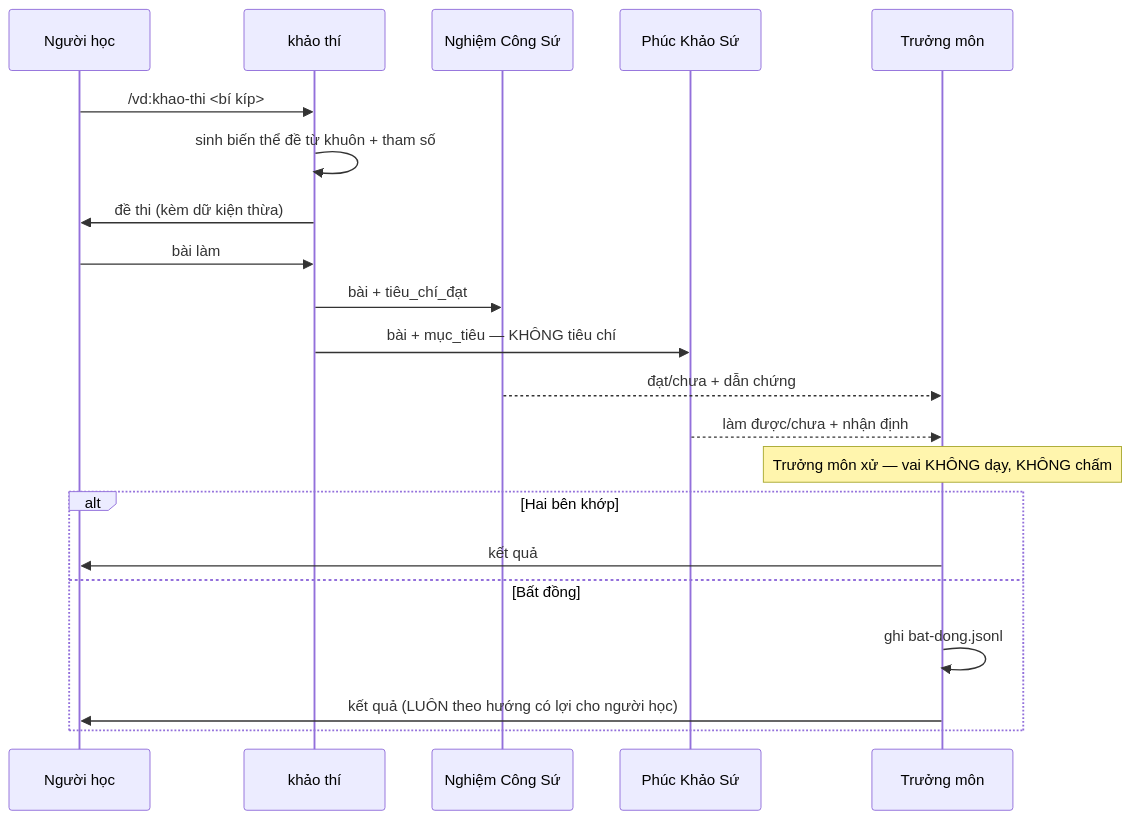
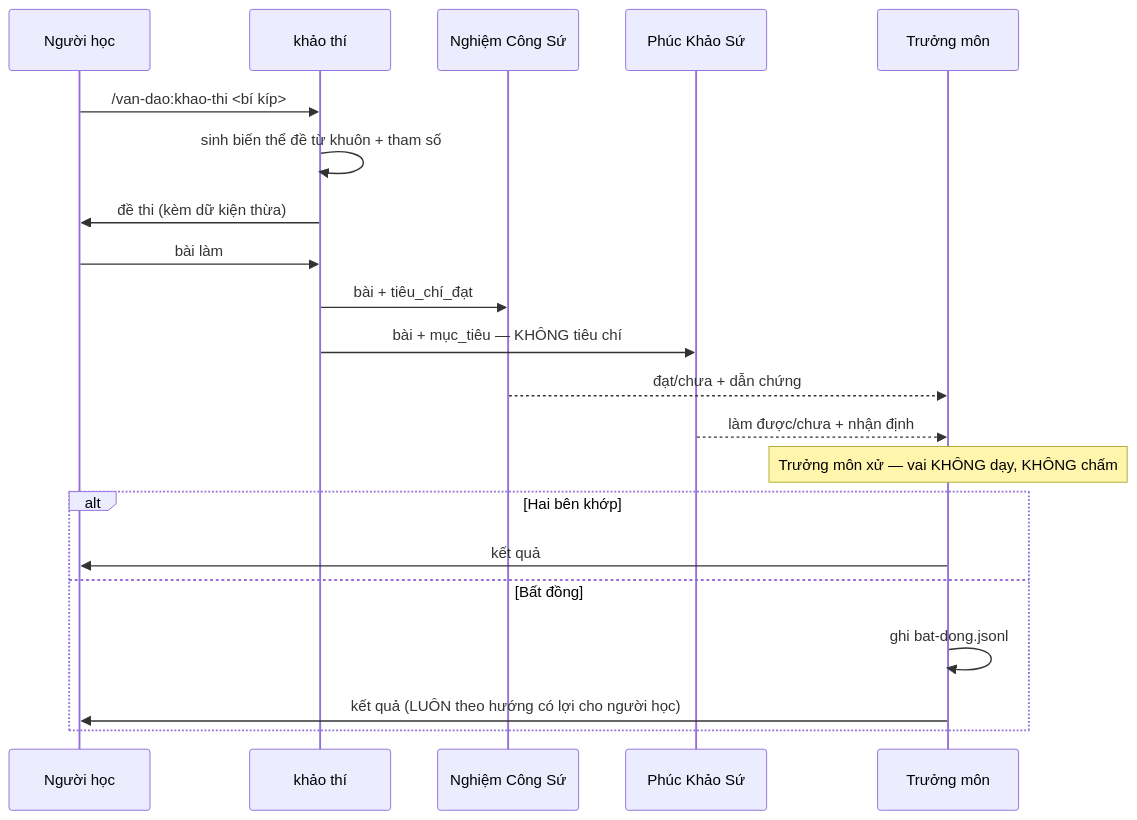
One commit to hanh9898/van-dao-workspace changed diagram 11 of 13 in docs/VAN-DAO-dac-ta-v1.0.md. Above: the diagram before and after it, drawn with Mermaid. The commit also changed other lines of this file and 3 other files, not shown here.

First line of the commit message:
feat: Story 1.2 xong — spec, /van-dao:* xuyên suốt, defer chuyển tiếng Anh

````diff
--- a/docs/VAN-DAO-dac-ta-v1.0.md
+++ b/docs/VAN-DAO-dac-ta-v1.0.md
@@ -1322,24 +1322,24 @@
 ```mermaid
 sequenceDiagram
     participant NH as Người học
     participant KT as khảo thí
     participant NC as Nghiệm Công Sứ
     participant PK as Phúc Khảo Sứ
     participant TM as Trưởng môn
 
-    NH->>KT: /vd:khao-thi <bí kíp>
+    NH->>KT: /van-dao:khao-thi <bí kíp>
     KT->>KT: sinh biến thể đề từ khuôn + tham số
     KT->>NH: đề thi (kèm dữ kiện thừa)
     NH->>KT: bài làm
     KT->>NC: bài + tiêu_chí_đạt
     KT->>PK: bài + mục_tiêu — KHÔNG tiêu chí
     NC-->>TM: đạt/chưa + dẫn chứng
     PK-->>TM: làm được/chưa + nhận định
     Note over TM: Trưởng môn xử — vai KHÔNG dạy, KHÔNG chấm
     alt Hai bên khớp
         TM->>NH: kết quả
     else Bất đồng
         TM->>TM: ghi bat-dong.jsonl
         TM->>NH: kết quả (LUÔN theo hướng có lợi cho người học)
     end
 ```
````
